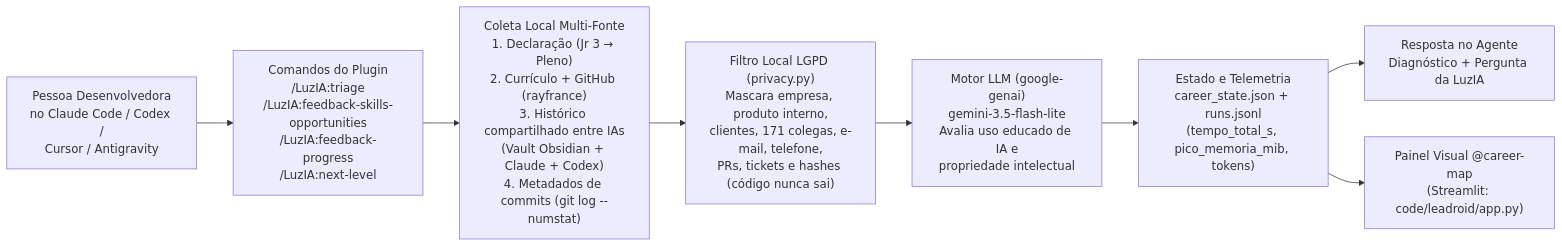
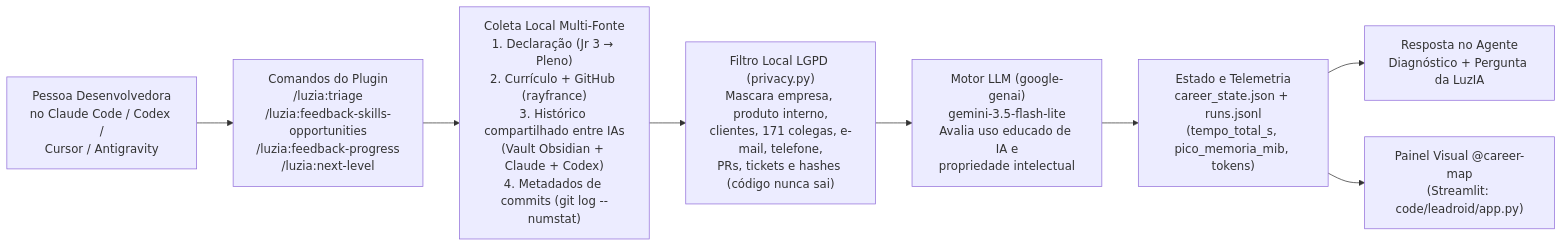
Before and after one commit to rayfrance/ai4good: the diagram in va2/flx.md, drawn with Mermaid. The commit also changed other lines of this file and 10 other files, not shown here.

````diff
--- a/va2/flx.md
+++ b/va2/flx.md
@@ -9,10 +9,10 @@
 ```mermaid
 flowchart LR
-    DEV["Pessoa Desenvolvedora<br/>no Claude Code / Codex /<br/>Cursor / Antigravity"] --> CMD["Comandos do Plugin<br/>/LuzIA:triage<br/>/LuzIA:feedback-skills-opportunities<br/>/LuzIA:feedback-progress<br/>/LuzIA:next-level"]
+    DEV["Pessoa Desenvolvedora<br/>no Claude Code / Codex /<br/>Cursor / Antigravity"] --> CMD["Comandos do Plugin<br/>/luzia:triage<br/>/luzia:feedback-skills-opportunities<br/>/luzia:feedback-progress<br/>/luzia:next-level"]
     CMD --> COL["Coleta Local Multi-Fonte<br/>1. Declaração (Jr 3 → Pleno)<br/>2. Currículo + GitHub (rayfrance)<br/>3. Histórico compartilhado entre IAs<br/>(Vault Obsidian + Claude + Codex)<br/>4. Metadados de commits (git log --numstat)"]
     COL --> LGPD["Filtro Local LGPD (privacy.py)<br/>Mascara empresa, produto interno,<br/>clientes, 171 colegas, e-mail, telefone,<br/>PRs, tickets e hashes (código nunca sai)"]
     LGPD --> LLM["Motor LLM (google-genai)<br/>gemini-3.5-flash-lite<br/>Avalia uso educado de IA e<br/>propriedade intelectual"]
     LLM --> STATE["Estado e Telemetria<br/>career_state.json + runs.jsonl<br/>(tempo_total_s, pico_memoria_mib, tokens)"]
     STATE --> OUT1["Resposta no Agente<br/>Diagnóstico + Pergunta da LuzIA"]
     STATE --> OUT2["Painel Visual @career-map<br/>(Streamlit: code/leadroid/app.py)"]
 ```
````
